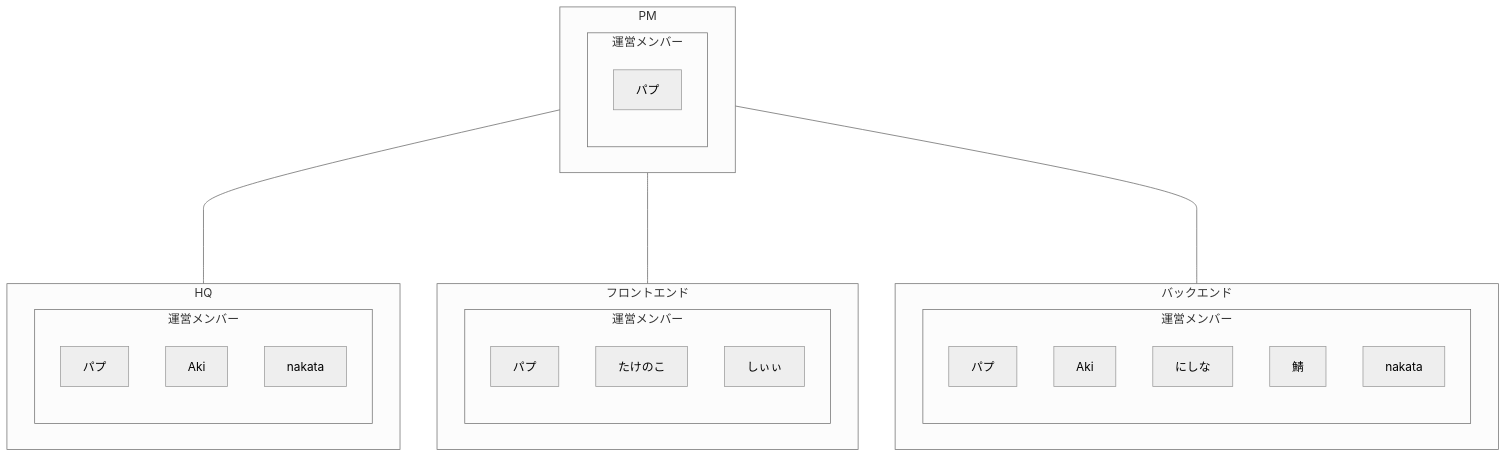
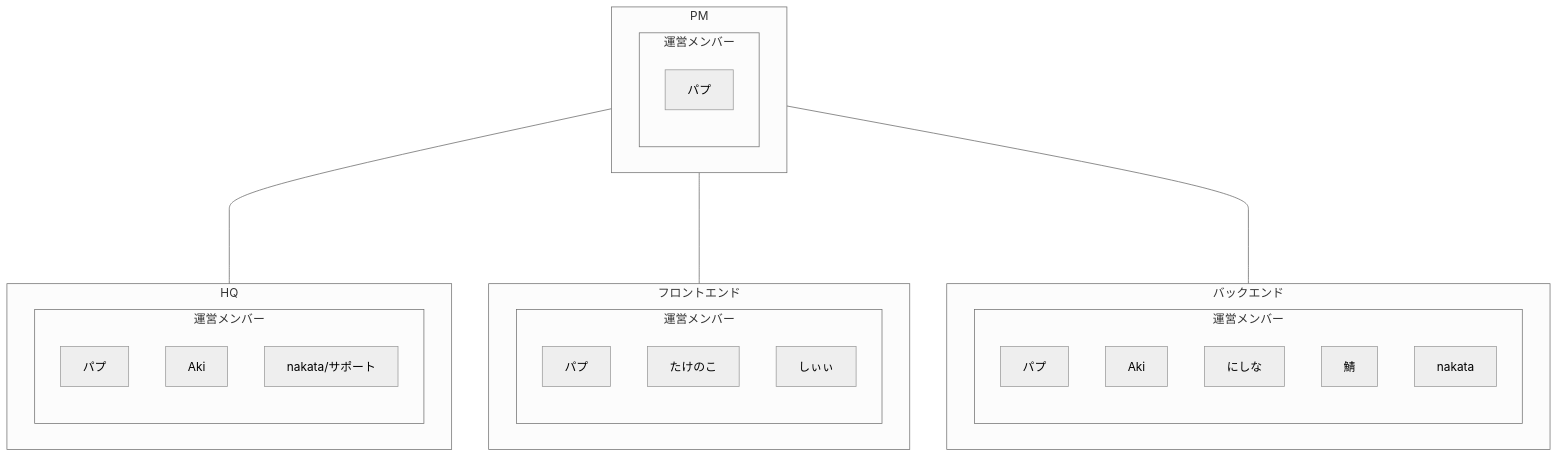
Before and after one commit to Shingotti/PPPJ: the diagram in docs/README.md, drawn with Mermaid (neutral theme). The commit also changed other lines of this file, not shown here.

Commit message:
Update README for meeting minutes and member details

````diff
--- a/docs/README.md
+++ b/docs/README.md
@@ -134,38 +134,38 @@
 ```mermaid
 flowchart TD
   subgraph PM[PM]
     subgraph PM-classification[運営メンバー]
       PM-Member1[パプ]
     end
   end
 
   subgraph HQ[HQ]
     subgraph HQ-classification[運営メンバー]
       HQ-Member1[パプ]
       HQ-Member2[Aki]
-      HQ-Member3[nakata]
+      HQ-Member3[nakata/サポート]
     end
   end
 
   subgraph Front[フロントエンド]
     subgraph Front-End-classification[運営メンバー]
       Front-End-Member1[パプ]
       Front-End-Member2[たけのこ]
       Front-End-Member3[しぃぃ]
     end
   end
 
   subgraph Back[バックエンド]
     subgraph Back-End-classification[運営メンバー]
       Back-End-Member1[パプ]
       Back-End-Member2[Aki]
       Back-End-Member3[にしな]
       Back-End-Member4[鯖]
       Back-End-Member5[nakata]
     end
   end
   PM ----- HQ
   PM ----- Front
   PM ----- Back
 
 ```
````
